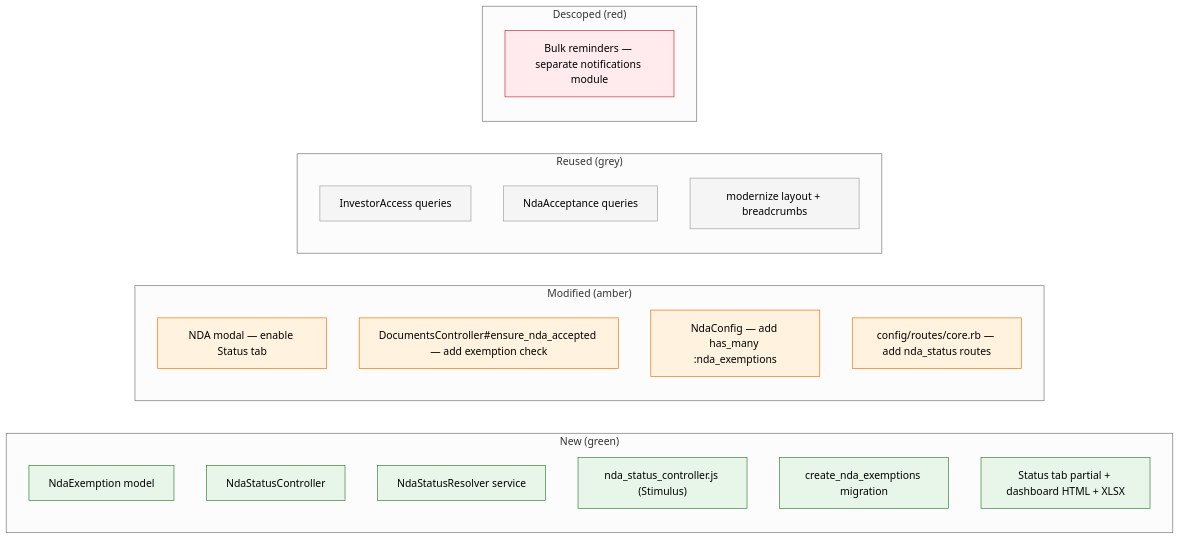
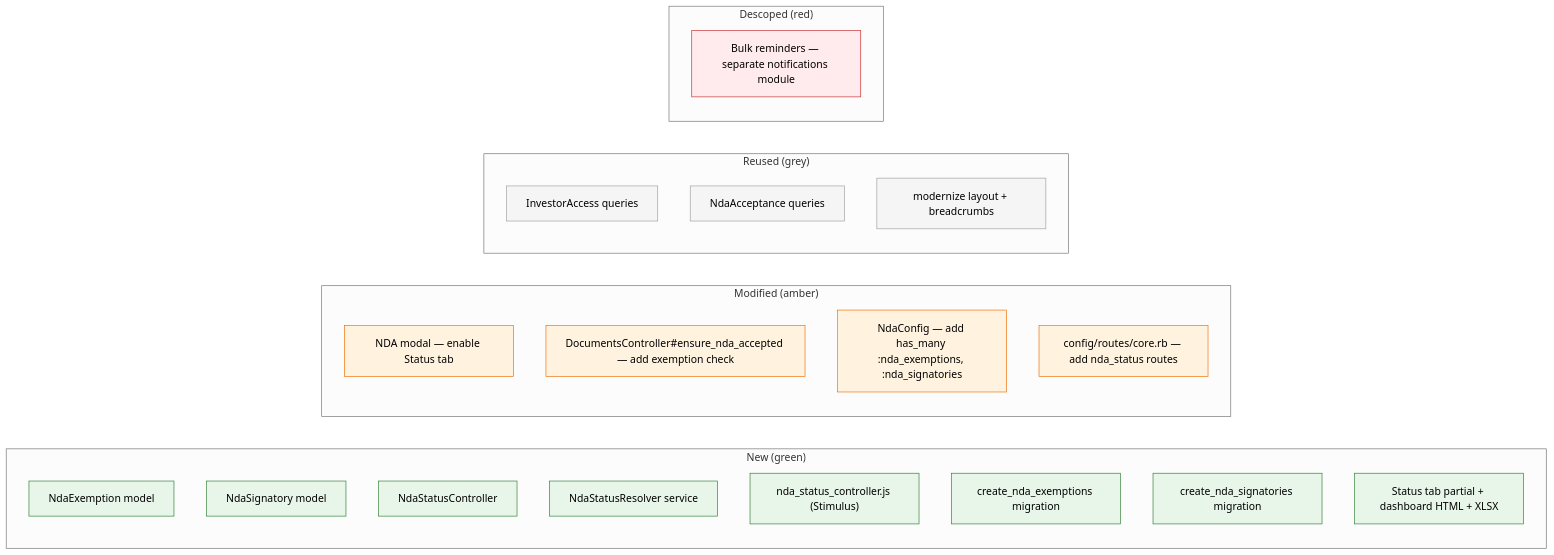
One commit to sampadadiwan/IRM_CompanyMain changed the third of 11 diagrams in openspec/changes/nda-data-room-module-3-gp-dashboard/design.md. Above: the diagram before and after it, drawn with Mermaid (neutral theme). The commit also changed other lines of this file and 10 other files, not shown here.

First line of the commit message:
feat: Add per-NDA signatory designation replacing entity-wide tag_list

````diff
--- a/openspec/changes/nda-data-room-module-3-gp-dashboard/design.md
+++ b/openspec/changes/nda-data-room-module-3-gp-dashboard/design.md
@@ -160,37 +160,39 @@
 ```mermaid
 flowchart LR
     subgraph New["New (green)"]
         NE["NdaExemption model"]
+        NS["NdaSignatory model"]
         NSC["NdaStatusController"]
         NSR["NdaStatusResolver service"]
         STIM["nda_status_controller.js (Stimulus)"]
-        MIG["create_nda_exemptions migration"]
+        MIG1["create_nda_exemptions migration"]
+        MIG2["create_nda_signatories migration"]
         VIEWS["Status tab partial + dashboard HTML + XLSX"]
     end
 
     subgraph Modified["Modified (amber)"]
         MODAL["NDA modal — enable Status tab"]
         GATE["DocumentsController#ensure_nda_accepted — add exemption check"]
-        NDACONF["NdaConfig — add has_many :nda_exemptions"]
+        NDACONF["NdaConfig — add has_many :nda_exemptions, :nda_signatories"]
         ROUTES["config/routes/core.rb — add nda_status routes"]
     end
 
     subgraph Reused["Reused (grey)"]
         IA["InvestorAccess queries"]
         NA["NdaAcceptance queries"]
         LAYOUT["modernize layout + breadcrumbs"]
     end
 
     subgraph Descoped["Descoped (red)"]
         REM["Bulk reminders — separate notifications module"]
     end
 
     classDef green fill:#e8f5e9,stroke:#2e7d32,color:#000
     classDef amber fill:#fff3e0,stroke:#ef6c00,color:#000
     classDef grey fill:#f5f5f5,stroke:#9e9e9e,color:#000
     classDef red fill:#ffebee,stroke:#c62828,color:#000
-    class NE,NSC,NSR,STIM,MIG,VIEWS green
+    class NE,NS,NSC,NSR,STIM,MIG1,MIG2,VIEWS green
     class MODAL,GATE,NDACONF,ROUTES amber
     class IA,NA,LAYOUT grey
     class REM red
 ```
````
